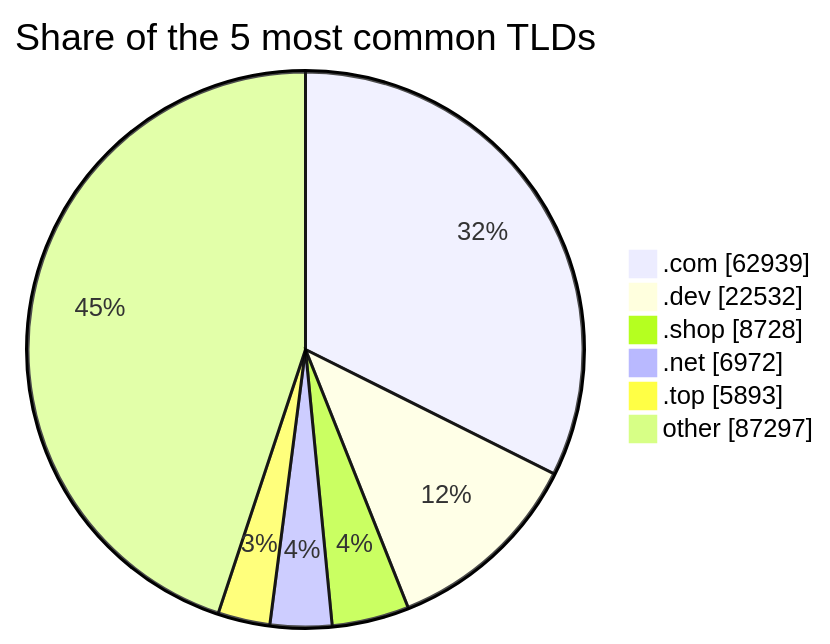
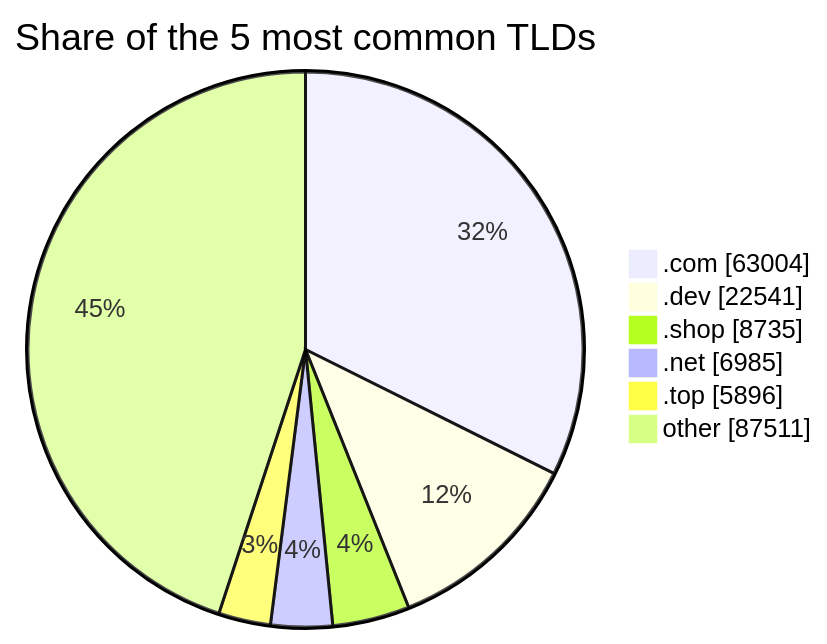
Before and after one commit to DNSBunker/CTI: the third of 3 diagrams in README.md, drawn with Mermaid. The commit also changed other lines of this file and 3 other files, not shown here.

````diff
--- a/README.md
+++ b/README.md
@@ -81,9 +81,9 @@
 ```mermaid
 pie showData title Share of the 5 most common TLDs
-    ".com" : 62939
-    ".dev" : 22532
-    ".shop" : 8728
-    ".net" : 6972
-    ".top" : 5893
-    "other" : 87297
+    ".com" : 63004
+    ".dev" : 22541
+    ".shop" : 8735
+    ".net" : 6985
+    ".top" : 5896
+    "other" : 87511
 ```
````
